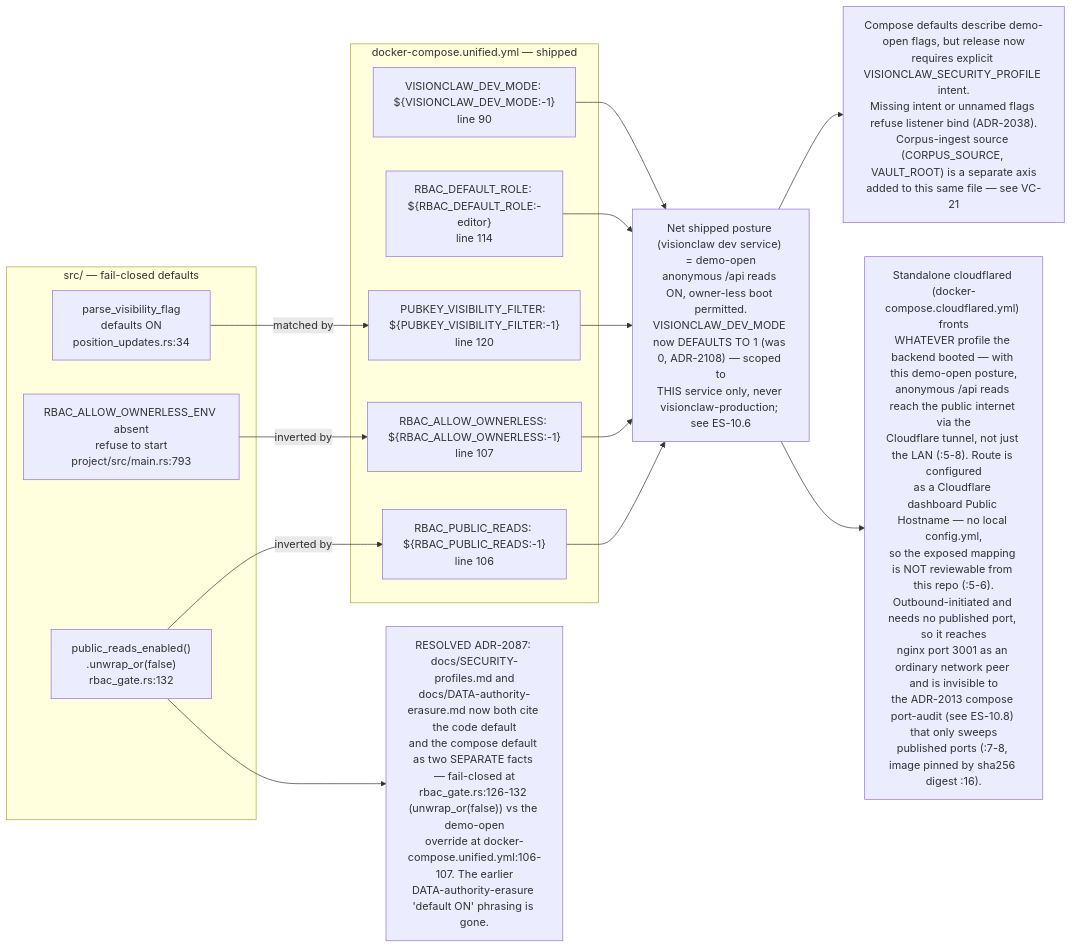
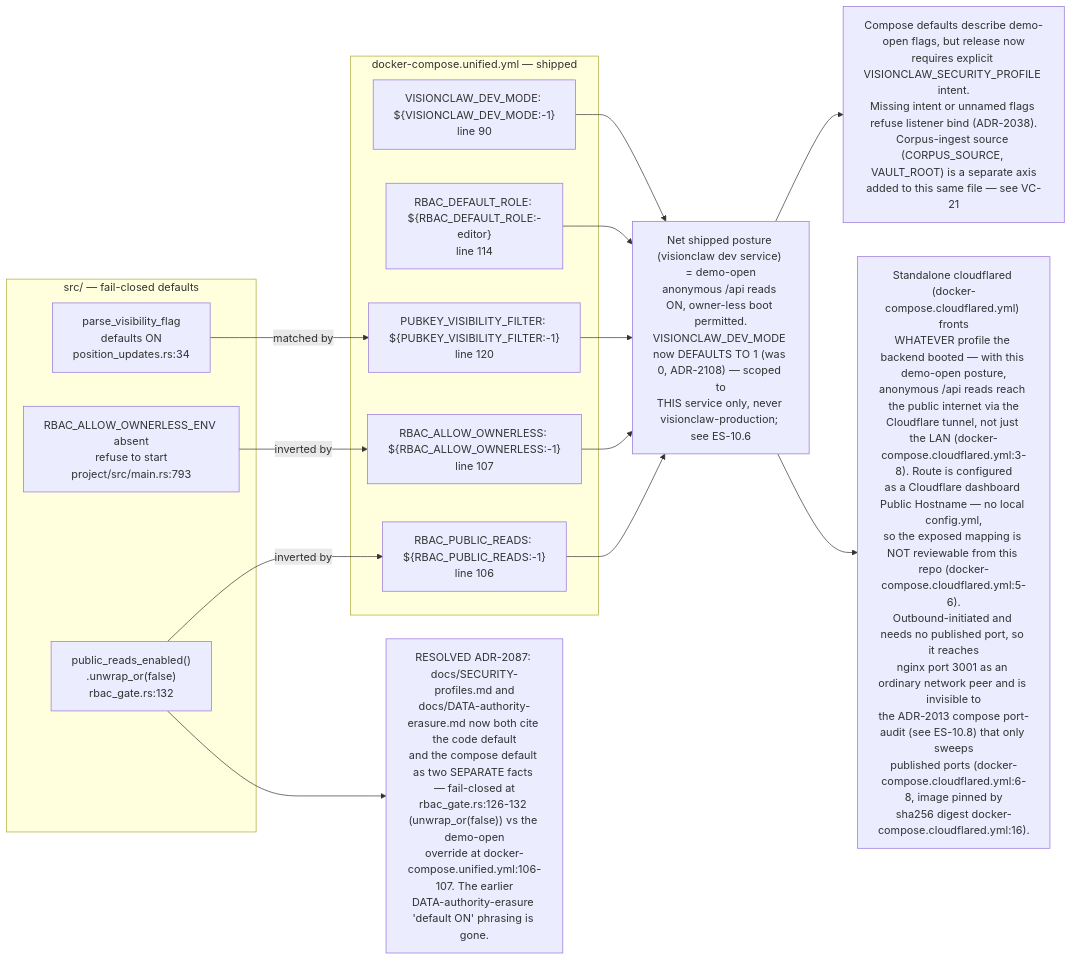
One commit to DreamLab-AI/VisionFlow changed the third of 10 diagrams in docs/diagrams/estate/10-deployment-and-security-profiles.md. Above: the diagram before and after it, drawn with Mermaid. The commit also changed other lines of this file and 94 other files, not shown here.

First line of the commit message:
docs(diagrams): re-verify 130 topics against 2 October HEADs

````diff
--- a/docs/diagrams/estate/10-deployment-and-security-profiles.md
+++ b/docs/diagrams/estate/10-deployment-and-security-profiles.md
@@ -130,31 +130,31 @@
 ```mermaid
 flowchart LR
     subgraph codeside["src/ — fail-closed defaults"]
         A1["public_reads_enabled()<br/>.unwrap_or(false)<br/>rbac_gate.rs:132"]
         A2["RBAC_ALLOW_OWNERLESS_ENV absent<br/>refuse to start<br/>project/src/main.rs:793"]
         A3["parse_visibility_flag<br/>defaults ON<br/>position_updates.rs:34"]
     end
     subgraph composeside["docker-compose.unified.yml — shipped"]
         B1["RBAC_PUBLIC_READS: ${RBAC_PUBLIC_READS:-1}<br/>line 106"]
         B2["RBAC_ALLOW_OWNERLESS: ${RBAC_ALLOW_OWNERLESS:-1}<br/>line 107"]
         B3["PUBKEY_VISIBILITY_FILTER: ${PUBKEY_VISIBILITY_FILTER:-1}<br/>line 120"]
         B4["RBAC_DEFAULT_ROLE: ${RBAC_DEFAULT_ROLE:-editor}<br/>line 114"]
         B5["VISIONCLAW_DEV_MODE: ${VISIONCLAW_DEV_MODE:-1}<br/>line 90"]
     end
     NET["Net shipped posture (visionclaw dev service) = demo-open<br/>anonymous /api reads ON, owner-less boot permitted.<br/>VISIONCLAW_DEV_MODE now DEFAULTS TO 1 (was 0, ADR-2108) — scoped to<br/>THIS service only, never visionclaw-production; see ES-10.6"]
     DRIFT1["Compose defaults describe demo-open flags, but release now<br/>requires explicit VISIONCLAW_SECURITY_PROFILE intent.<br/>Missing intent or unnamed flags refuse listener bind (ADR-2038).<br/>Corpus-ingest source (CORPUS_SOURCE, VAULT_ROOT) is a separate axis<br/>added to this same file — see VC-21"]
     DRIFT2["RESOLVED ADR-2087: docs/SECURITY-profiles.md and<br/>docs/DATA-authority-erasure.md now both cite the code default<br/>and the compose default as two SEPARATE facts — fail-closed at<br/>rbac_gate.rs:126-132 (unwrap_or(false)) vs the demo-open<br/>override at docker-compose.unified.yml:106-107. The earlier<br/>DATA-authority-erasure 'default ON' phrasing is gone."]
-    CFT["Standalone cloudflared (docker-compose.cloudflared.yml) fronts<br/>WHATEVER profile the backend booted — with this demo-open posture,<br/>anonymous /api reads reach the public internet via the<br/>Cloudflare tunnel, not just the LAN (:5-8). Route is configured<br/>as a Cloudflare dashboard Public Hostname — no local config.yml,<br/>so the exposed mapping is NOT reviewable from this repo (:5-6).<br/>Outbound-initiated and needs no published port, so it reaches<br/>nginx port 3001 as an ordinary network peer and is invisible to<br/>the ADR-2013 compose port-audit (see ES-10.8) that only sweeps<br/>published ports (:7-8, image pinned by sha256 digest :16)."]
+    CFT["Standalone cloudflared (docker-compose.cloudflared.yml) fronts<br/>WHATEVER profile the backend booted — with this demo-open posture,<br/>anonymous /api reads reach the public internet via the<br/>Cloudflare tunnel, not just the LAN (docker-compose.cloudflared.yml:3-8). Route is configured<br/>as a Cloudflare dashboard Public Hostname — no local config.yml,<br/>so the exposed mapping is NOT reviewable from this repo (docker-compose.cloudflared.yml:5-6).<br/>Outbound-initiated and needs no published port, so it reaches<br/>nginx port 3001 as an ordinary network peer and is invisible to<br/>the ADR-2013 compose port-audit (see ES-10.8) that only sweeps<br/>published ports (docker-compose.cloudflared.yml:6-8, image pinned by<br/>sha256 digest docker-compose.cloudflared.yml:16)."]
 
     A1 -- "inverted by" --> B1
     A2 -- "inverted by" --> B2
     A3 -- "matched by" --> B3
     B1 --> NET
     B2 --> NET
     B3 --> NET
     B4 --> NET
     B5 --> NET
     NET --> DRIFT1
     NET --> CFT
     A1 --> DRIFT2
 ```
````
